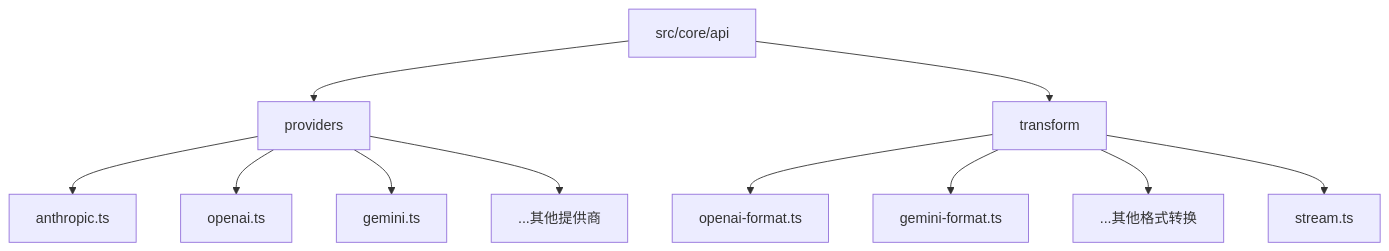
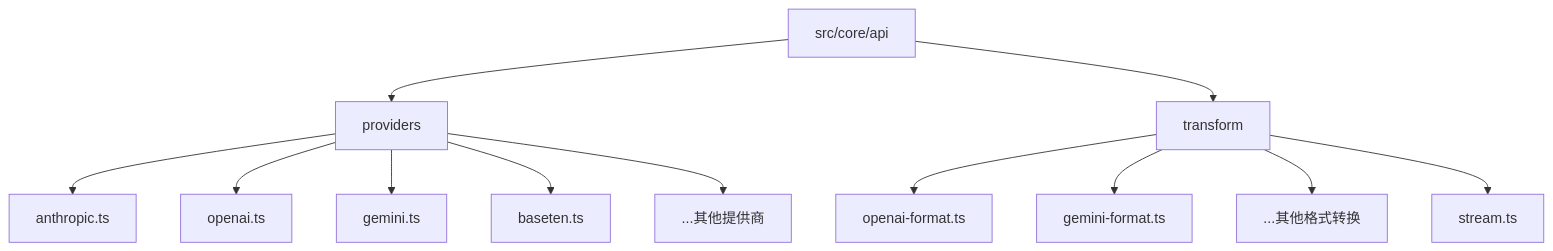
Before and after one commit to fix-echo/cline: the first of 6 diagrams in .qoder/repowiki/zh/content/集成与扩展/外部系统集成/LLM提供商集成.md, drawn with Mermaid. The commit also changed other lines of this file and 17 other files, not shown here.

````diff
--- a/.qoder/repowiki/zh/content/集成与扩展/外部系统集成/LLM提供商集成.md
+++ b/.qoder/repowiki/zh/content/集成与扩展/外部系统集成/LLM提供商集成.md
@@ -32,13 +53,14 @@
 ```mermaid
 graph TD
 A[src/core/api] --> B[providers]
 A --> C[transform]
 B --> D[anthropic.ts]
 B --> E[openai.ts]
 B --> F[gemini.ts]
-B --> G[...其他提供商]
-C --> H[openai-format.ts]
-C --> I[gemini-format.ts]
-C --> J[...其他格式转换]
-C --> K[stream.ts]
+B --> G[baseten.ts]
+B --> H[...其他提供商]
+C --> I[openai-format.ts]
+C --> J[gemini-format.ts]
+C --> K[...其他格式转换]
+C --> L[stream.ts]
 ```
````
